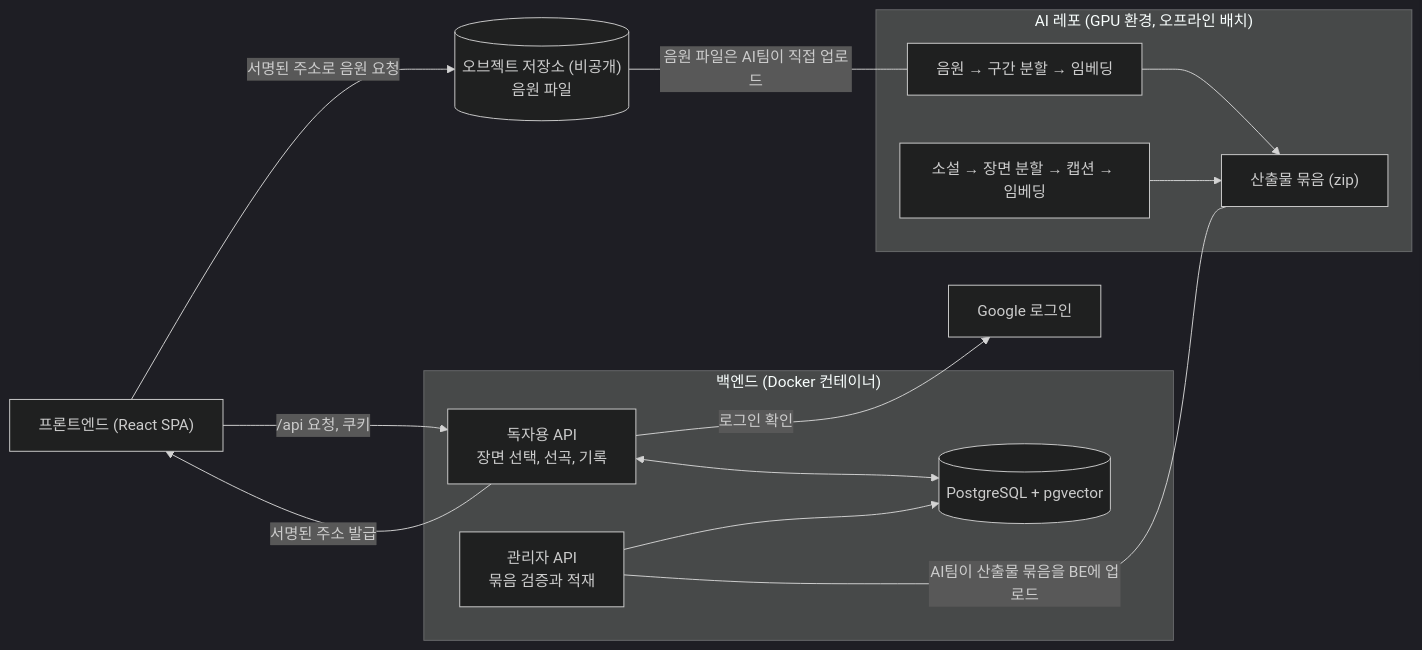
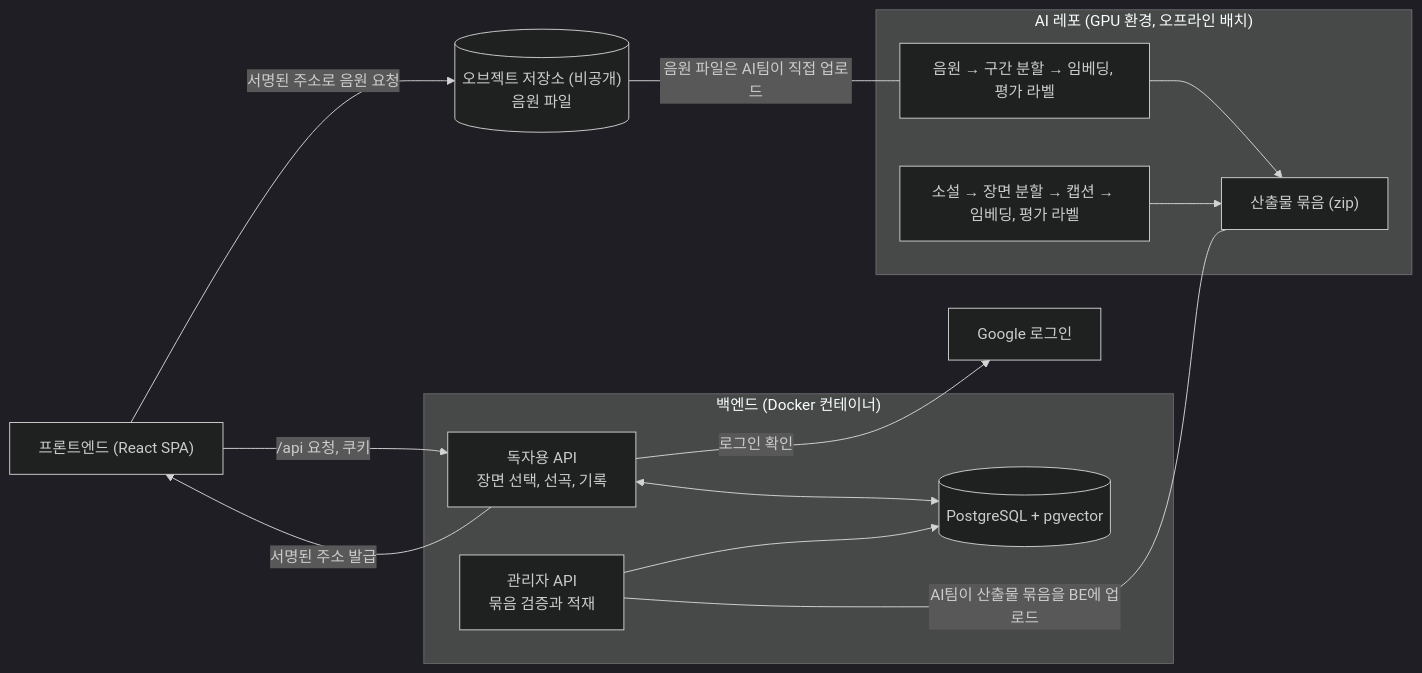
Before and after one commit to diegesis-labs/BE: the first of 6 diagrams in docs/ARCHITECTURE.md, drawn with Mermaid (dark theme). The commit also changed other lines of this file and 11 other files, not shown here.

````diff
--- a/docs/ARCHITECTURE.md
+++ b/docs/ARCHITECTURE.md
@@ -30,26 +30,26 @@
 ```mermaid
 flowchart LR
   FE["프론트엔드 (React SPA)"]
   subgraph BE["백엔드 (Docker 컨테이너)"]
     API["독자용 API<br/>장면 선택, 선곡, 기록"]
     ADM["관리자 API<br/>묶음 검증과 적재"]
     DB[("PostgreSQL + pgvector")]
     API <--> DB
     ADM --> DB
   end
   OS[("오브젝트 저장소 (비공개)<br/>음원 파일")]
   subgraph AI["AI 레포 (GPU 환경, 오프라인 배치)"]
     B["산출물 묶음 (zip)"]
-    M["음원 → 구간 분할 → 임베딩"]
-    T["소설 → 장면 분할 → 캡션 → 임베딩"]
+    M["음원 → 구간 분할 → 임베딩, 평가 라벨"]
+    T["소설 → 장면 분할 → 캡션 → 임베딩, 평가 라벨"]
     M --> B
     T --> B
   end
   G["Google 로그인"]
   FE -- "/api 요청, 쿠키" --> API
   API -- "서명된 주소 발급" --> FE
   FE -- "서명된 주소로 음원 요청" --> OS
   API -- "로그인 확인" --> G
   ADM -- "AI팀이 산출물 묶음을 BE에 업로드" --- B
   OS -- "음원 파일은 AI팀이 직접 업로드" --- M
 ```
````
